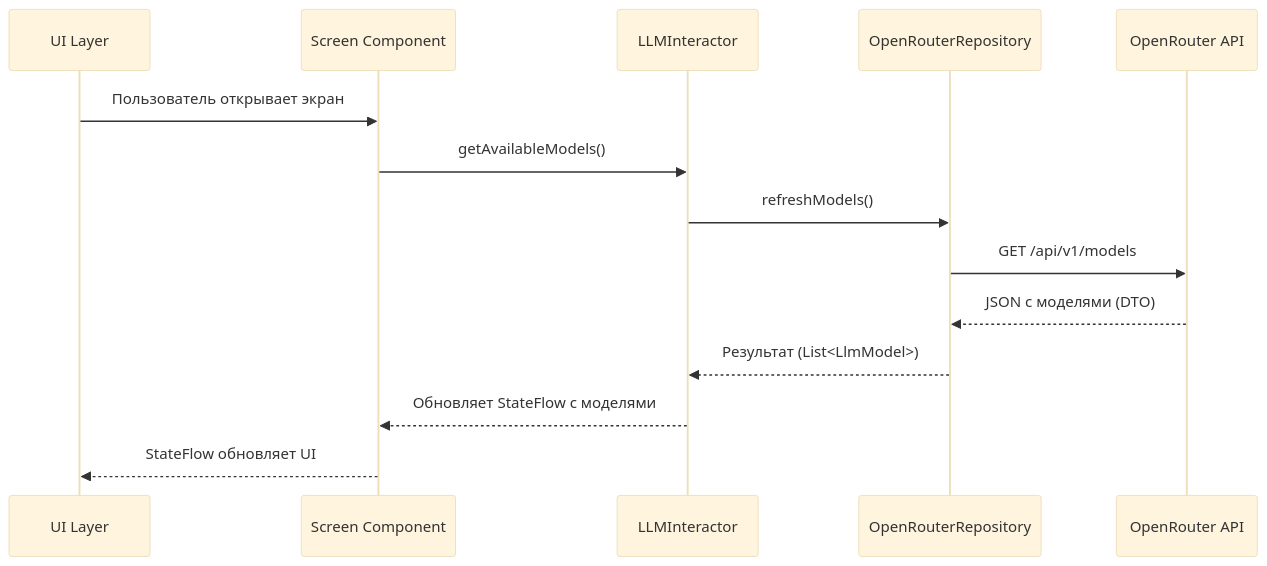
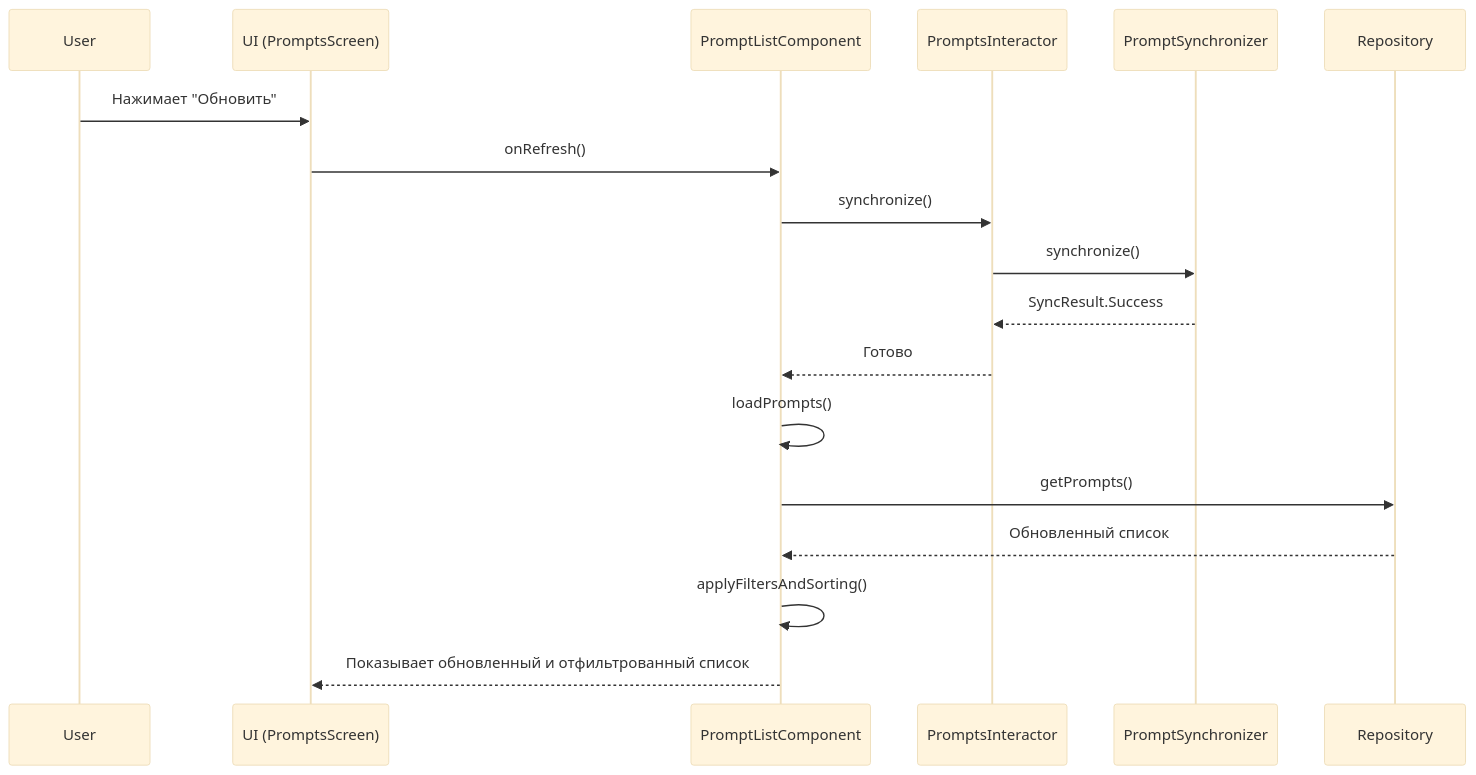
Before and after one commit to arnyigor/aipromptskmp: the second of 2 diagrams in PROJECT_ANALYSIS.md, drawn with Mermaid (base theme). The commit also changed other lines of this file and 24 other files, not shown here.

````diff
--- a/PROJECT_ANALYSIS.md
+++ b/PROJECT_ANALYSIS.md
@@ -89,17 +97,21 @@
 ```mermaid
 sequenceDiagram
-    participant UI as UI Layer
-    participant Component as Screen Component
-    participant Interactor as LLMInteractor
-    participant Repository as OpenRouterRepository
-    participant API as OpenRouter API
+    participant User
+    participant UI (PromptsScreen)
+    participant PromptListComponent
+    participant PromptsInteractor
+    participant PromptSynchronizer
+    participant Repository
 
-    UI->>Component: Пользователь открывает экран
-    Component->>Interactor: getAvailableModels()
-    Interactor->>Repository: refreshModels()
-    Repository->>API: GET /api/v1/models
-    API-->>Repository: JSON с моделями (DTO)
-    Repository-->>Interactor: Результат (List<LlmModel>)
-    Interactor-->>Component: Обновляет StateFlow с моделями
-    Component-->>UI: StateFlow обновляет UI
+    User->>UI (PromptsScreen): Нажимает "Обновить"
+    UI (PromptsScreen)->>PromptListComponent: onRefresh()
+    PromptListComponent->>PromptsInteractor: synchronize()
+    PromptsInteractor->>PromptSynchronizer: synchronize()
+    PromptSynchronizer-->>PromptsInteractor: SyncResult.Success
+    PromptsInteractor-->>PromptListComponent: Готово
+    PromptListComponent->>PromptListComponent: loadPrompts()
+    PromptListComponent->>Repository: getPrompts()
+    Repository-->>PromptListComponent: Обновленный список
+    PromptListComponent->>PromptListComponent: applyFiltersAndSorting()
+    PromptListComponent-->>UI (PromptsScreen): Показывает обновленный и отфильтрованный список
 ```
````
